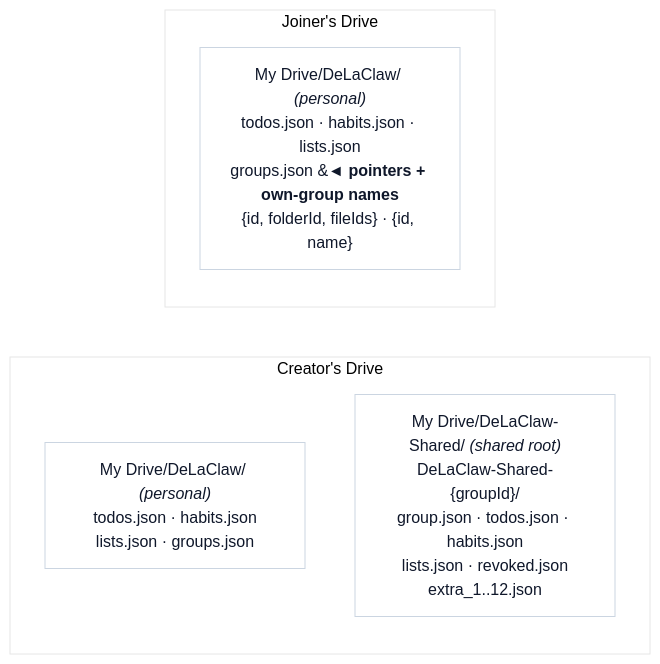
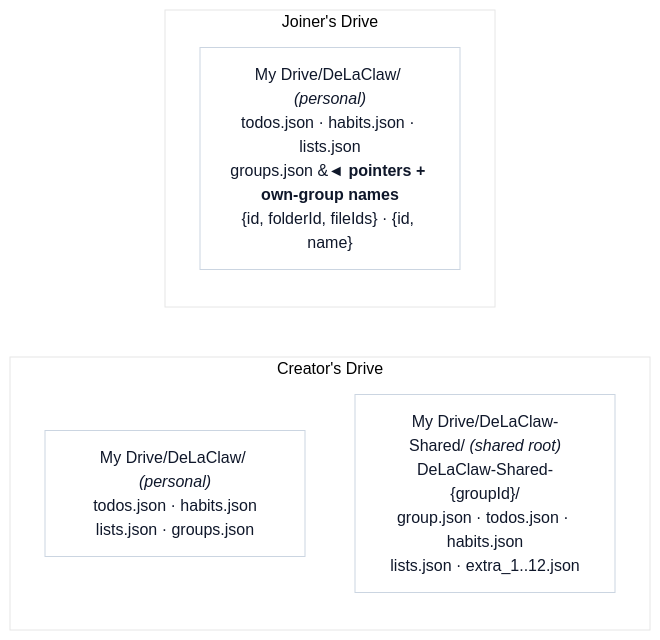
One commit to AntGro/DeLaClaw changed the third of 14 diagrams in docs-site/sharing.md. Above: the diagram before and after it, drawn with Mermaid. The commit also changed other lines of this file and 18 other files, not shown here.

First line of the commit message:
refactor(sharing): remove revoked.json — access loss purges the group outright

````diff
--- a/docs-site/sharing.md
+++ b/docs-site/sharing.md
@@ -71,13 +68,13 @@
 ```mermaid
 %%{init: {'theme': 'base', 'themeVariables': {'background': '#fbfaf8', 'primaryColor': '#ffffff', 'primaryBorderColor': '#cbd5e1', 'primaryTextColor': '#0f172a', 'lineColor': '#334155'}}}%%
 flowchart LR
     subgraph CD["Creator's Drive"]
         direction TB
         CDP["My Drive/DeLaClaw/ <i>(personal)</i><br/>todos.json · habits.json<br/>lists.json · groups.json"]
-        CDS["My Drive/DeLaClaw-Shared/ <i>(shared root)</i><br/>DeLaClaw-Shared-{groupId}/<br/>group.json · todos.json · habits.json<br/>lists.json · revoked.json<br/>extra_1..12.json"]
+        CDS["My Drive/DeLaClaw-Shared/ <i>(shared root)</i><br/>DeLaClaw-Shared-{groupId}/<br/>group.json · todos.json · habits.json<br/>lists.json · extra_1..12.json"]
     end
     subgraph JD["Joiner's Drive"]
         direction TB
         JDP["My Drive/DeLaClaw/ <i>(personal)</i><br/>todos.json · habits.json · lists.json<br/>groups.json &#9668; <b>pointers + own-group names</b><br/>{id, folderId, fileIds} · {id, name}"]
     end
 ```
````
